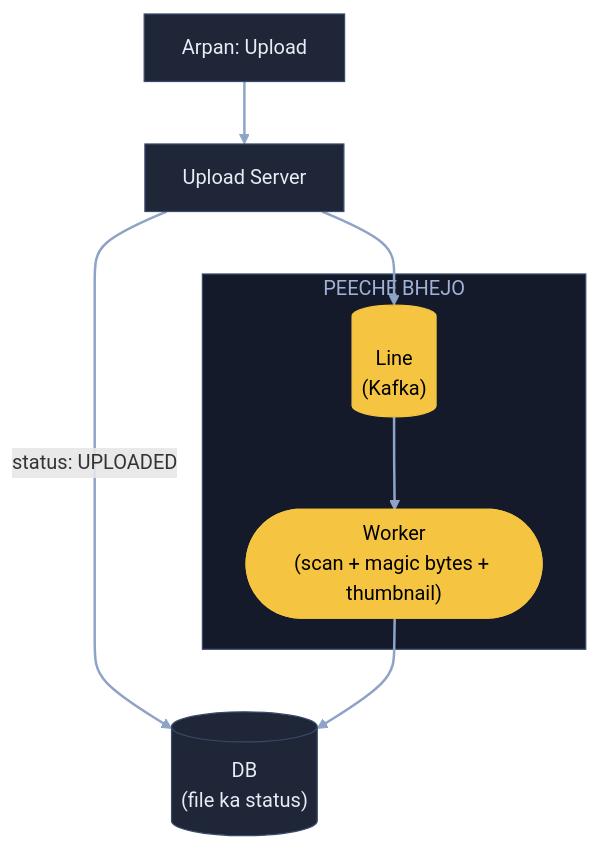
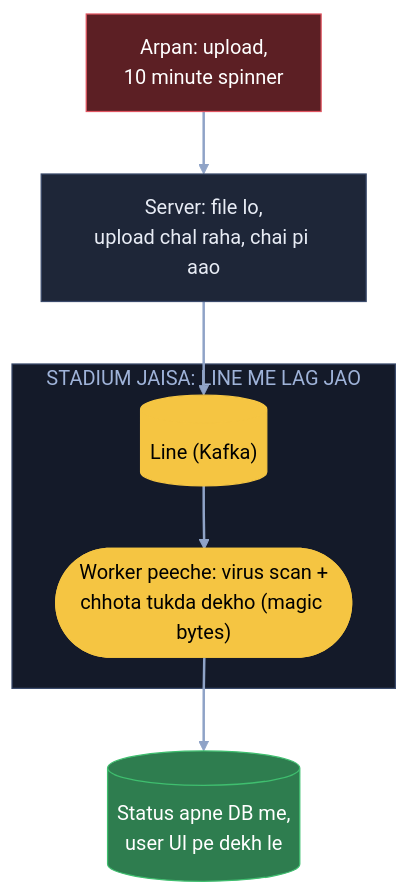
The first of 8 diagrams in 04_HLD/SYSTEM_DESIGNS/07_file_upload_validate_system/07_file_upload.md (ArpanMaheshwari144/Prep), drawn with Mermaid before and after one commit. The commit also changed other lines of this file, not shown here.

Commit message:
File upload: 8 diagram hand notes ke shabdon se; core me 7 nahi (notes jaisa), 'kiski hai', K3 apni jodi line hatai

````diff
--- a/04_HLD/SYSTEM_DESIGNS/07_file_upload_validate_system/07_file_upload.md
+++ b/04_HLD/SYSTEM_DESIGNS/07_file_upload_validate_system/07_file_upload.md
@@ -55,21 +55,20 @@
 ```mermaid
 flowchart TB
-    A["Arpan: Upload"]:::card
-    U["Upload Server"]:::card
-    DB[("DB<br/>(file ka status)")]:::card
-    subgraph PB["PEECHE BHEJO"]
-        K[("Line<br/>(Kafka)")]:::pill
-        W(["Worker<br/>(scan + magic bytes + thumbnail)"]):::pill
+    A["Arpan: upload,<br/>10 minute spinner"]:::bad
+    U["Server: file lo,<br/>upload chal raha, chai pi aao"]:::card
+    subgraph SL["STADIUM JAISA: LINE ME LAG JAO"]
+        K[("Line (Kafka)")]:::pill
+        W(["Worker peeche: virus scan +<br/>chhota tukda dekho (magic bytes)"]):::pill
     end
+    DB[("Status apne DB me,<br/>user UI pe dekh le")]:::good
     A --> U
-    U -- "status: UPLOADED" --> DB
     U --> K
     K --> W
     W --> DB
     linkStyle default stroke:#8fa3c7,stroke-width:2px
     classDef card fill:#1e2638,stroke:#3a4a6b,color:#e8ecf5
     classDef pill fill:#f5c542,stroke:#f5c542,color:#000
     classDef good fill:#2e7d4f,stroke:#3fbf6f,color:#fff
     classDef bad fill:#5c1f24,stroke:#e05561,color:#fff
-    style PB fill:#141a29,stroke:#3a4a6b,color:#9fb3d9
+    style SL fill:#141a29,stroke:#3a4a6b,color:#9fb3d9
 ```
````
